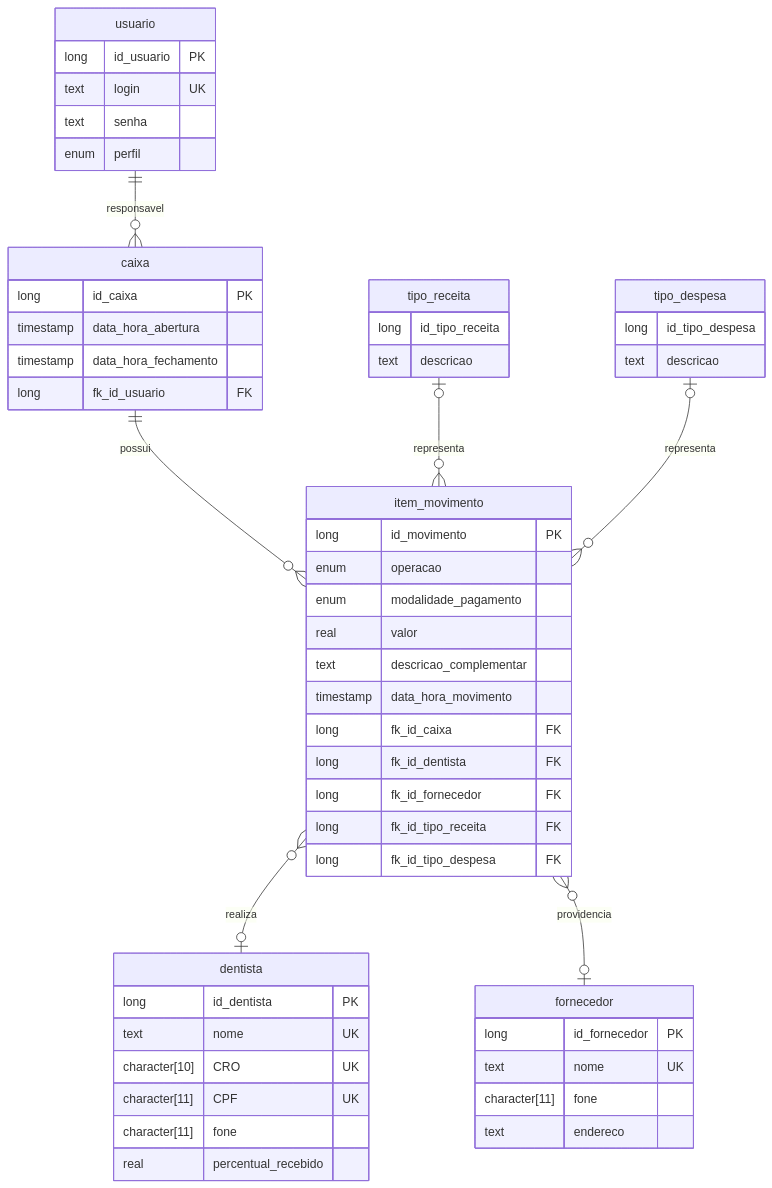
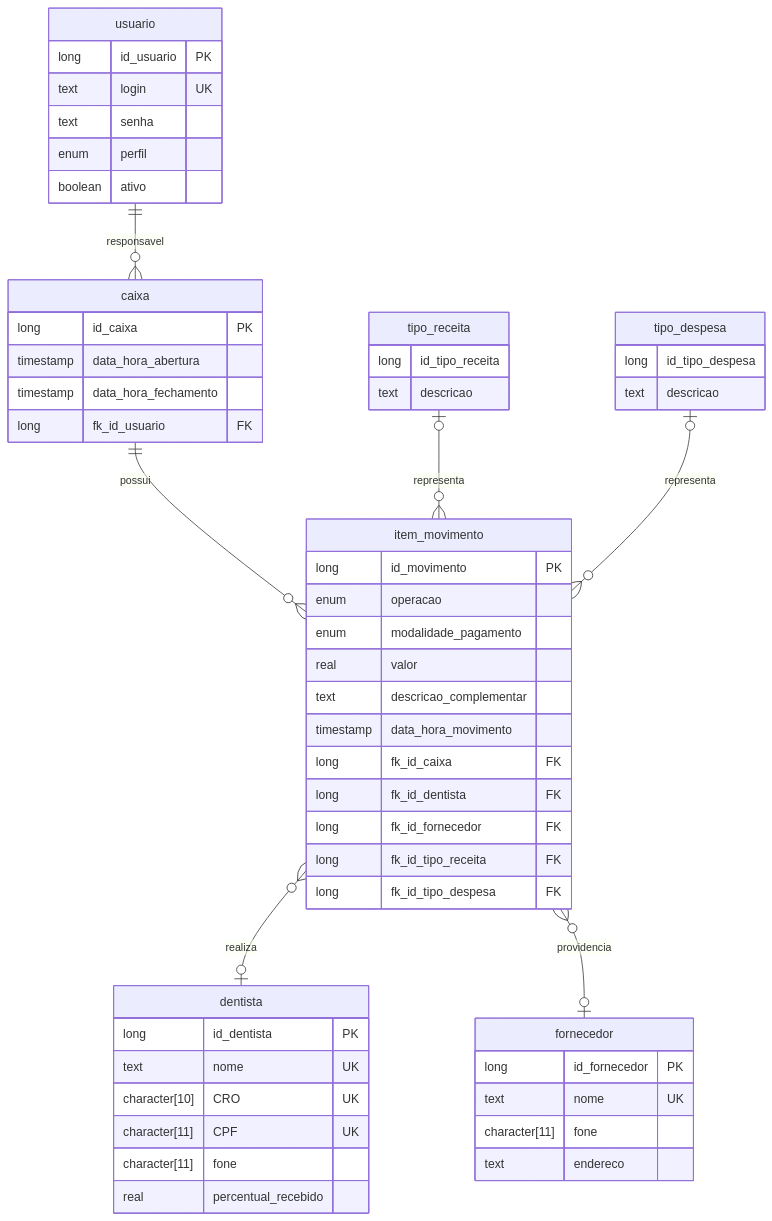
Before and after one commit to gabrielpandrade/SISO: the diagram in docs/modelagem/diagramas/er.md, drawn with Mermaid. The commit also changed 1 other file, not shown here.

Commit message:
update: campo ativo em usuario

````diff
--- a/docs/modelagem/diagramas/er.md
+++ b/docs/modelagem/diagramas/er.md
@@ -3,68 +3,69 @@
 ```mermaid
 erDiagram
     
     %% Relacionamentos
     
     usuario ||--o{ caixa : responsavel
     caixa ||--o{ item_movimento : possui
     item_movimento }o--o| dentista : realiza
     item_movimento }o--o| fornecedor : providencia
     tipo_receita |o--o{ item_movimento : representa
     tipo_despesa |o--o{ item_movimento : representa
 
     %% Atributos
 
     usuario {
         long id_usuario PK
         text login UK
         text senha 
         enum perfil
+        boolean ativo
     }
 
     caixa {
         long id_caixa PK
         timestamp data_hora_abertura
         timestamp data_hora_fechamento
         long fk_id_usuario FK
     }
 
     item_movimento {
         long id_movimento PK
         enum operacao
         enum modalidade_pagamento
         real valor
         text descricao_complementar
         timestamp data_hora_movimento
         long fk_id_caixa FK
         long fk_id_dentista FK
         long fk_id_fornecedor FK
         long fk_id_tipo_receita FK
         long fk_id_tipo_despesa FK
     }
 
     dentista {
         long id_dentista PK
         text nome UK
         character[10] CRO UK
         character[11] CPF UK
         character[11] fone
         real percentual_recebido
     }
 
     fornecedor {
         long id_fornecedor PK
         text nome UK
         character[11] fone
         text endereco
     }
 
     tipo_receita {
         long id_tipo_receita
         text descricao
     }
 
     tipo_despesa {
         long id_tipo_despesa
         text descricao
     }
 ```
````
